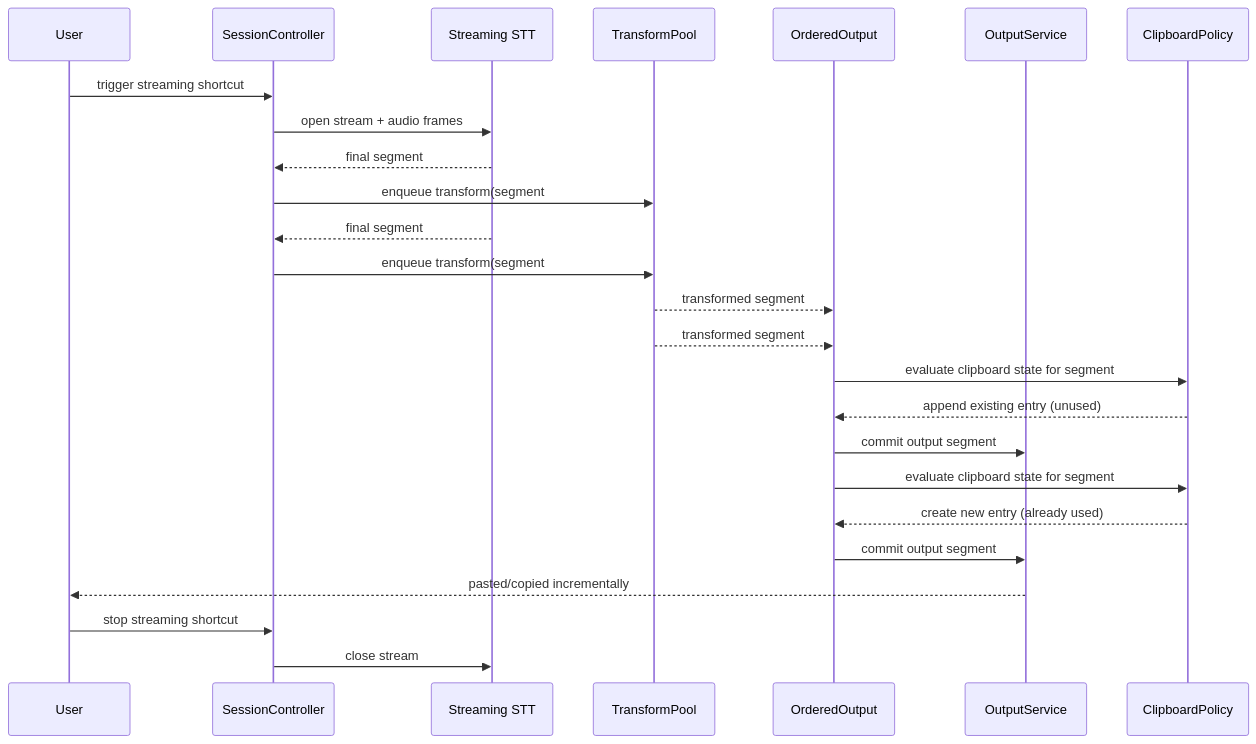
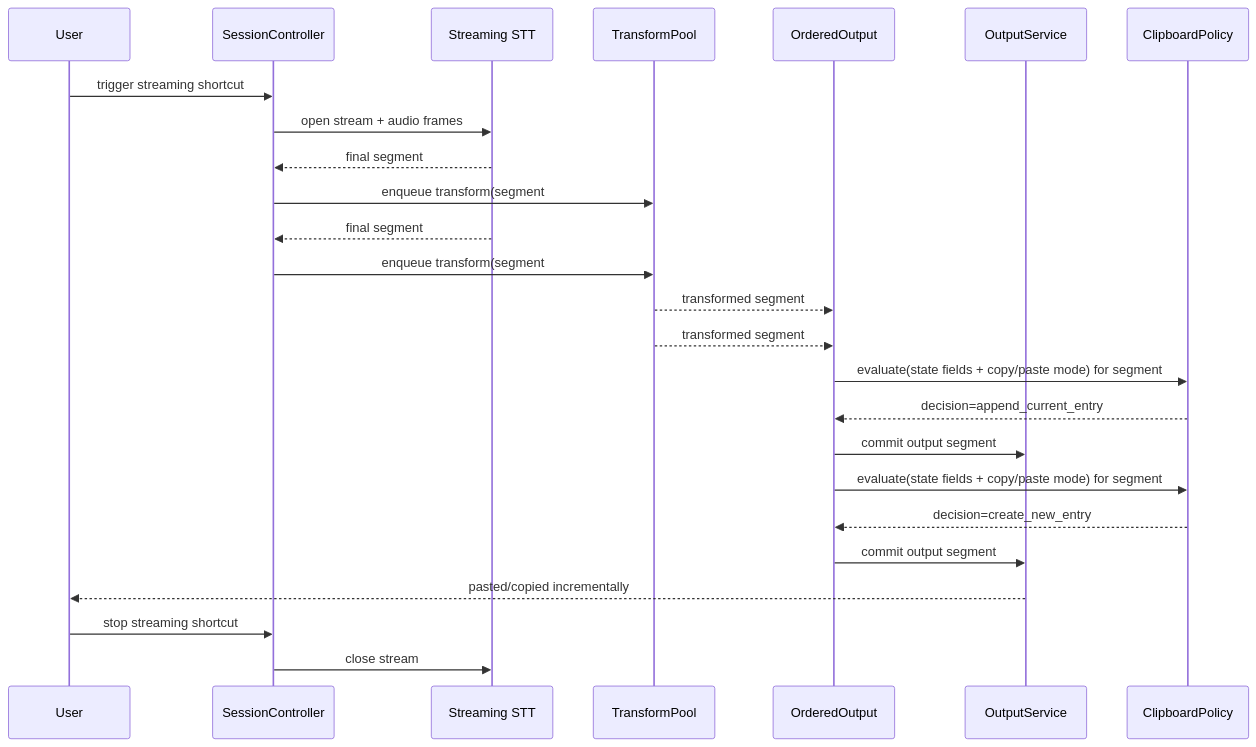
The eighth of 8 diagrams in specs/v1-spec.md (massun-onibakuchi/speech-to-text-app), drawn with Mermaid before and after one commit. The commit also changed other lines of this file, not shown here.

````diff
--- a/specs/v1-spec.md
+++ b/specs/v1-spec.md
@@ -765,28 +818,28 @@
 ```mermaid
 sequenceDiagram
   participant U as User
   participant S as SessionController
   participant STT as Streaming STT
   participant T as TransformPool
   participant OC as OrderedOutput
   participant O as OutputService
   participant C as ClipboardPolicy
 
   U->>S: trigger streaming shortcut
   S->>STT: open stream + audio frames
   STT-->>S: final segment #1 text
   S->>T: enqueue transform(segment #1)
   STT-->>S: final segment #2 text
   S->>T: enqueue transform(segment #2)
   T-->>OC: transformed segment #2 (ready first)
   T-->>OC: transformed segment #1
-  OC->>C: evaluate clipboard state for segment #1
-  C-->>OC: append existing entry (unused)
+  OC->>C: evaluate(state fields + copy/paste mode) for segment #1
+  C-->>OC: decision=append_current_entry
   OC->>O: commit output segment #1
-  OC->>C: evaluate clipboard state for segment #2
-  C-->>OC: create new entry (already used)
+  OC->>C: evaluate(state fields + copy/paste mode) for segment #2
+  C-->>OC: decision=create_new_entry
   OC->>O: commit output segment #2
   O-->>U: pasted/copied incrementally
   U->>S: stop streaming shortcut
   S->>STT: close stream
 ```
````
